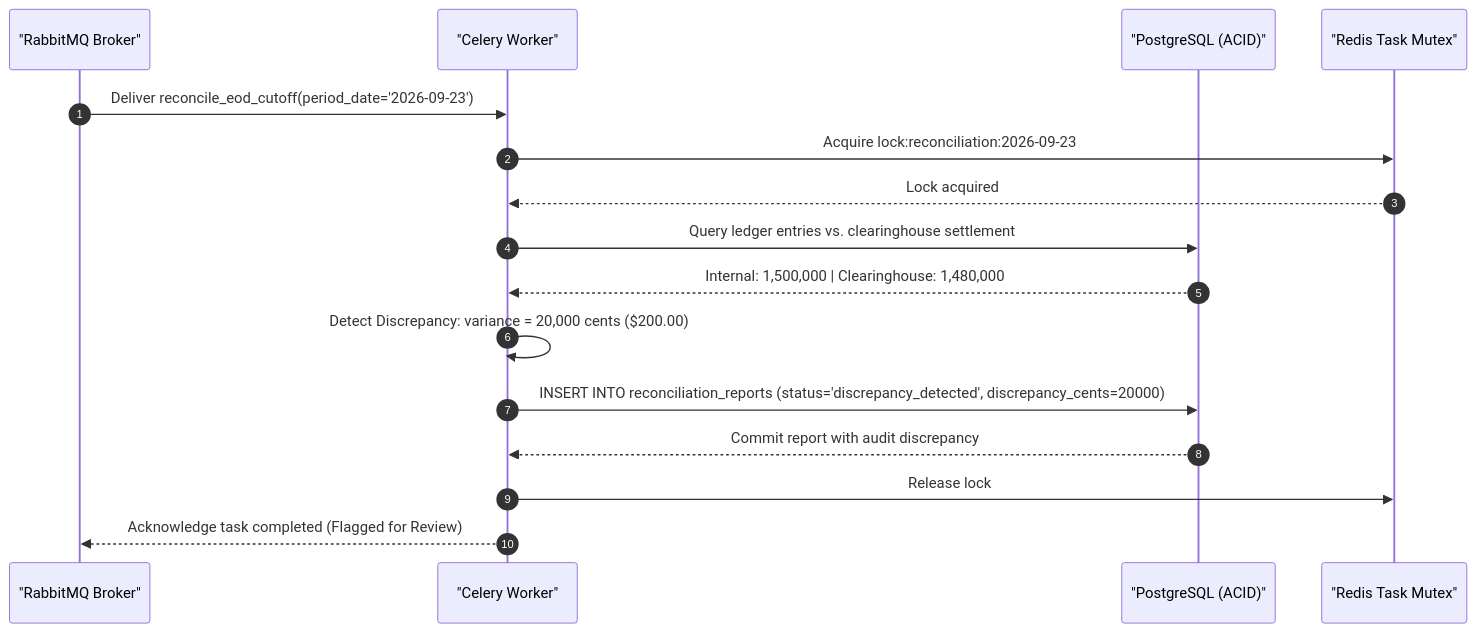
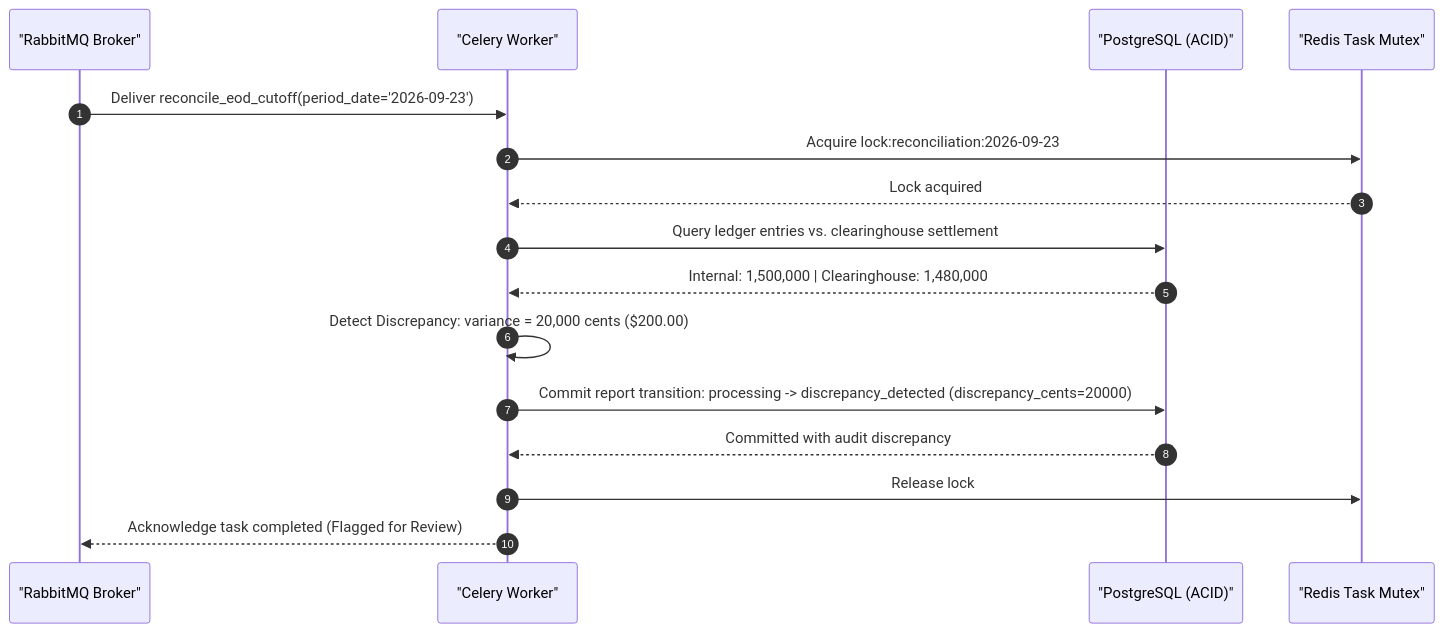
The fifth of 8 diagrams in Celery/2_Advanced_Celery_Topics/04_scheduling/README.md (Santiagus/Python), drawn with Mermaid before and after one commit. The commit also changed other lines of this file and 1 other file, not shown here.

First line of the commit message:
docs(04_scheduling): document 8-phase end-of-day financial reconciliation lifecycle

````diff
--- a/Celery/2_Advanced_Celery_Topics/04_scheduling/README.md
+++ b/Celery/2_Advanced_Celery_Topics/04_scheduling/README.md
@@ -194,22 +210,22 @@
 ```mermaid
 sequenceDiagram
     autonumber
     participant Broker as "RabbitMQ Broker"
     participant Worker as "Celery Worker"
     participant DB as "PostgreSQL (ACID)"
     participant R_Task as "Redis Task Mutex"
 
     Broker->>Worker: Deliver reconcile_eod_cutoff(period_date='2026-09-23')
     Worker->>R_Task: Acquire lock:reconciliation:2026-09-23
     R_Task-->>Worker: Lock acquired
 
     Worker->>DB: Query ledger entries vs. clearinghouse settlement
     DB-->>Worker: Internal: 1,500,000 | Clearinghouse: 1,480,000
     Worker->>Worker: Detect Discrepancy: variance = 20,000 cents ($200.00)
 
-    Worker->>DB: INSERT INTO reconciliation_reports (status='discrepancy_detected', discrepancy_cents=20000)
-    DB-->>Worker: Commit report with audit discrepancy
+    Worker->>DB: Commit report transition: processing -> discrepancy_detected (discrepancy_cents=20000)
+    DB-->>Worker: Committed with audit discrepancy
 
     Worker->>R_Task: Release lock
     Worker-->>Broker: Acknowledge task completed (Flagged for Review)
 ```
````
